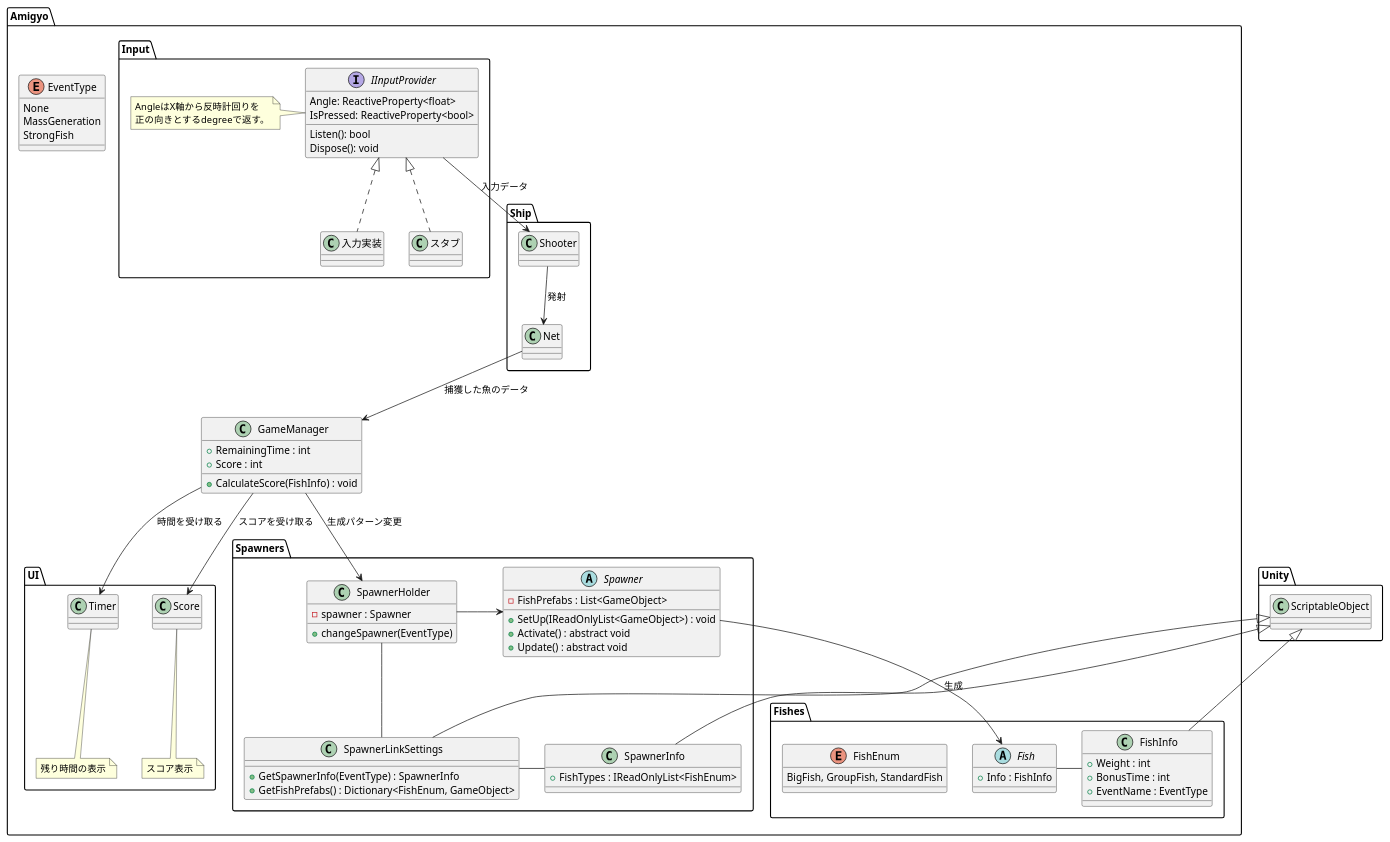
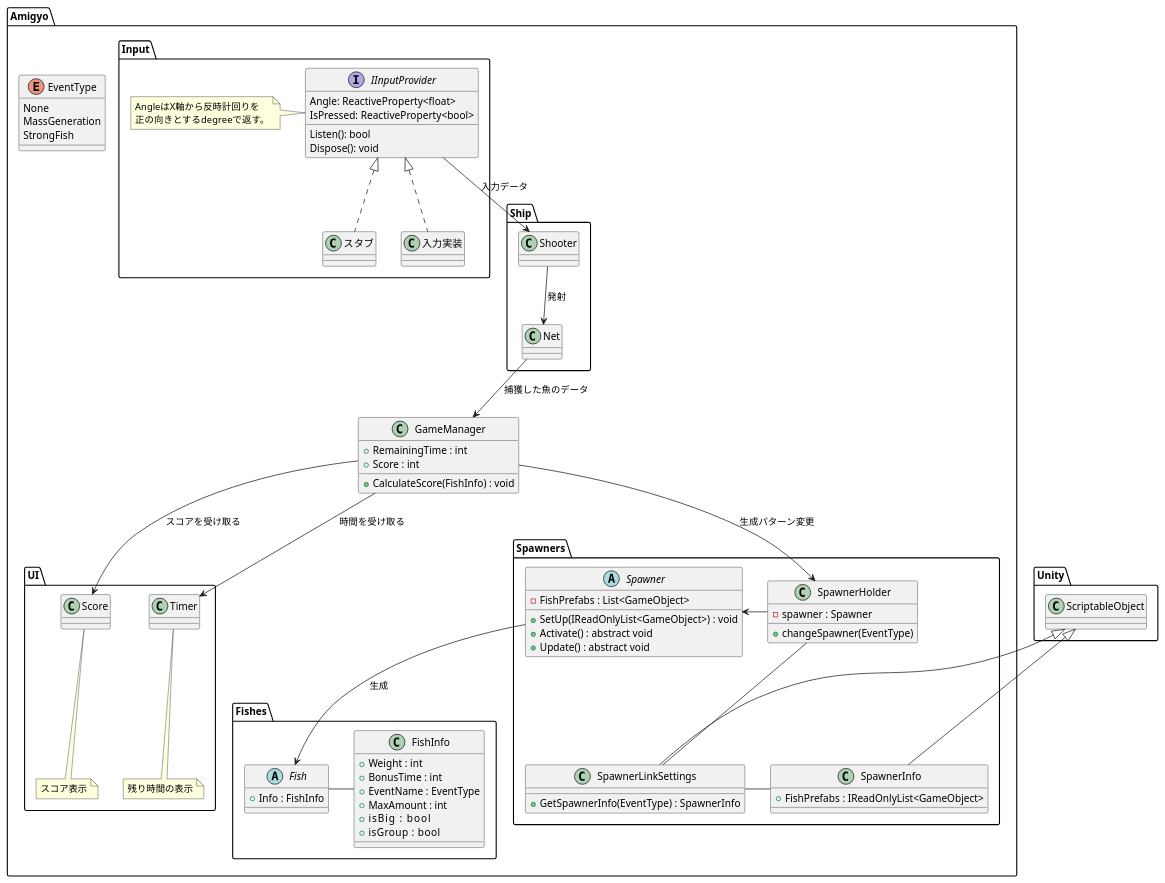
One commit to pumpkin1126/ami-gyo changed the diagram in docs/ソフトウェアクラス図.plantuml. Above: the diagram before and after it, drawn with PlantUML. The commit also changed 13 other files, not shown here.

```diff
--- a/docs/ソフトウェアクラス図.plantuml
+++ b/docs/ソフトウェアクラス図.plantuml
@@ -1,118 +1,112 @@
 @startuml Amigyo-class
 
 nameSpace Unity{
     class ScriptableObject{
 
     }
 }
 
 namespace Amigyo {
 
     namespace Input {
         interface IInputProvider {
             Angle: ReactiveProperty<float>
             IsPressed: ReactiveProperty<bool>
             Listen(): bool
             Dispose(): void
         }
         note left
         AngleはX軸から反時計回りを
         正の向きとするdegreeで返す。
         end note
 
         IInputProvider <|.. 入力実装
         IInputProvider <|.. スタブ
     }
 
     namespace Spawners{
         class SpawnerHolder{
             - spawner : Spawner
             + changeSpawner(EventType)
         }
 
         abstract class Spawner{
             - FishPrefabs : List<GameObject>
             + SetUp(IReadOnlyList<GameObject>) : void
             + Activate() : abstract void
             + Update() : abstract void
         }
 
         class SpawnerLinkSettings{
             + GetSpawnerInfo(EventType) : SpawnerInfo
-            + GetFishPrefabs() : Dictionary<FishEnum, GameObject> 
         }
 
         class SpawnerInfo{
-            + FishTypes : IReadOnlyList<FishEnum>
+            + FishPrefabs : IReadOnlyList<GameObject>
         }
 
         SpawnerHolder -> Spawner
         SpawnerHolder -- SpawnerLinkSettings
         SpawnerLinkSettings - SpawnerInfo
         Unity.ScriptableObject <|-- SpawnerLinkSettings
         Unity.ScriptableObject <|-- SpawnerInfo
     }
 
     namespace Fishes{
         class FishInfo{
             + Weight : int
             + BonusTime : int
             + EventName : EventType
+            + MaxAmount : int
+            + isBig     : bool
+            + isGroup   : bool
         }
 
         abstract class Fish{
             + Info : FishInfo
         }
-
-        enum FishEnum{
-            BigFish, GroupFish, StandardFish
-        }
-
-        Unity.ScriptableObject <|-- FishInfo
     }
-
-    
 
     class GameManager{
         + RemainingTime : int
         + Score : int
         + CalculateScore(FishInfo) : void
     }
 
     enum EventType{
         None
         MassGeneration
         StrongFish
     }
 
     namespace UI{
 
         class Timer{
 
         }
         note bottom : 残り時間の表示
 
         class Score{
 
         }
         note bottom : スコア表示
     }
 
     namespace Ship{
         class Shooter{
 
         }
         class Net
 
         Shooter --> Net : 発射
     }
 
     GameManager --> Amigyo.UI.Timer : 時間を受け取る
     GameManager --> Amigyo.UI.Score : スコアを受け取る
     GameManager --> Amigyo.Spawners.SpawnerHolder : 生成パターン変更
     Amigyo.Ship.Net --> GameManager : 捕獲した魚のデータ
     Amigyo.Input.IInputProvider --> Amigyo.Ship.Shooter : 入力データ
     Amigyo.Spawners.Spawner --> Amigyo.Fishes.Fish : 生成
     Amigyo.Fishes.Fish - Amigyo.Fishes.FishInfo
 }
 @enduml
```
